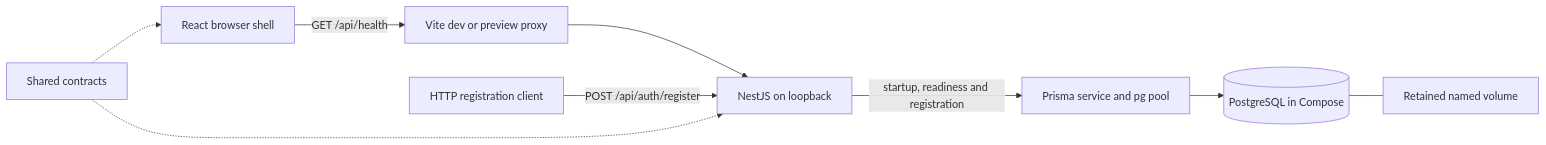
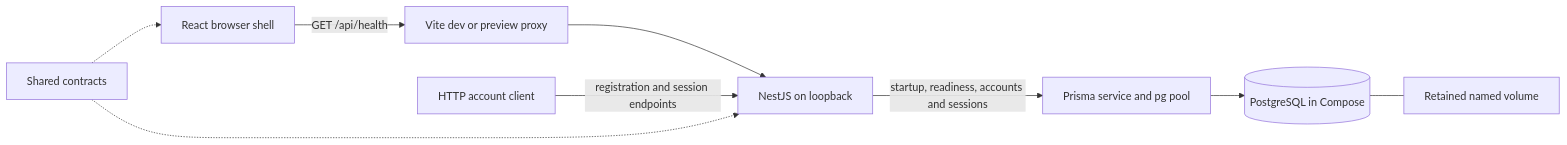
One commit to BecauseOfCourse-prog/webwargame changed the diagram in docs/specs/0002-project-context.md. Above: the diagram before and after it, drawn with Mermaid. The commit also changed other lines of this file and 27 other files, not shown here.

````diff
--- a/docs/specs/0002-project-context.md
+++ b/docs/specs/0002-project-context.md
@@ -54,11 +56,11 @@
 ```mermaid
 flowchart LR
   Browser[React browser shell] -->|GET /api/health| Proxy[Vite dev or preview proxy]
   Proxy --> API[NestJS on loopback]
-  Registration[HTTP registration client] -->|POST /api/auth/register| API
-  API -->|startup, readiness and registration| Prisma[Prisma service and pg pool]
+  Accounts[HTTP account client] -->|registration and session endpoints| API
+  API -->|startup, readiness, accounts and sessions| Prisma[Prisma service and pg pool]
   Prisma --> PG[(PostgreSQL in Compose)]
   PG --- Volume[Retained named volume]
   Contracts[Shared contracts] -.-> Browser
   Contracts -.-> API
 ```
````
